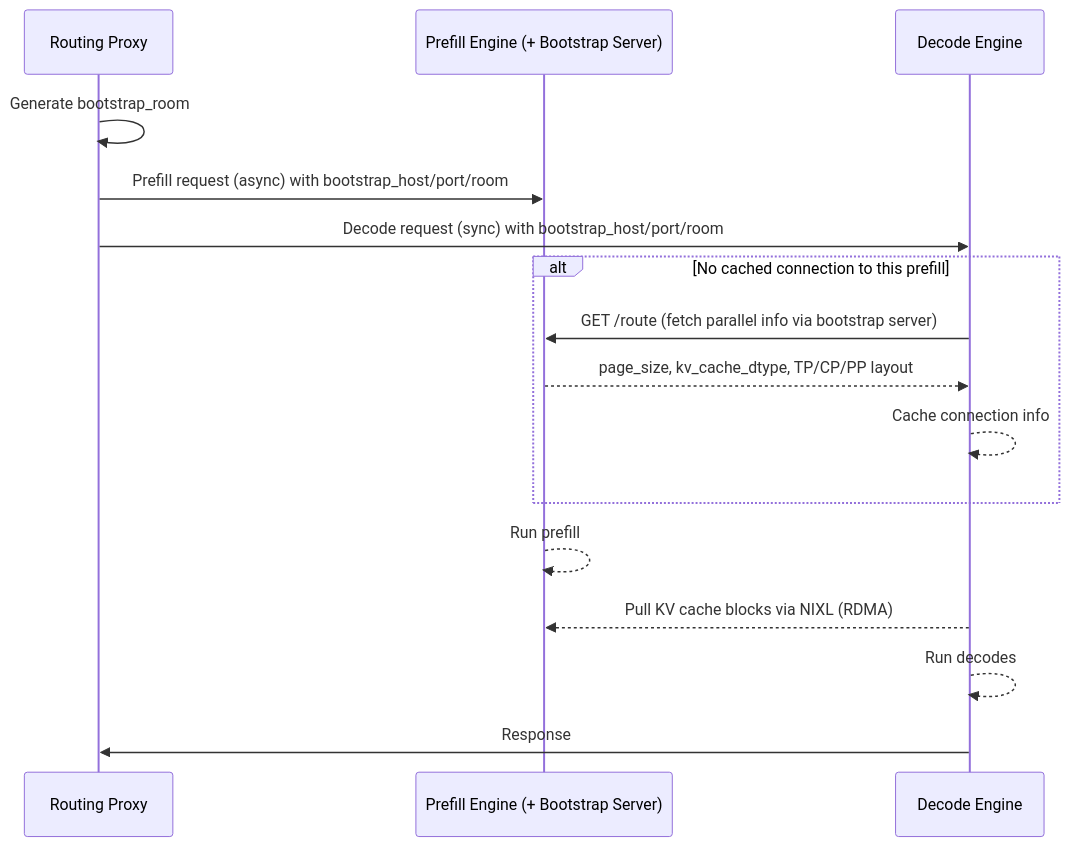
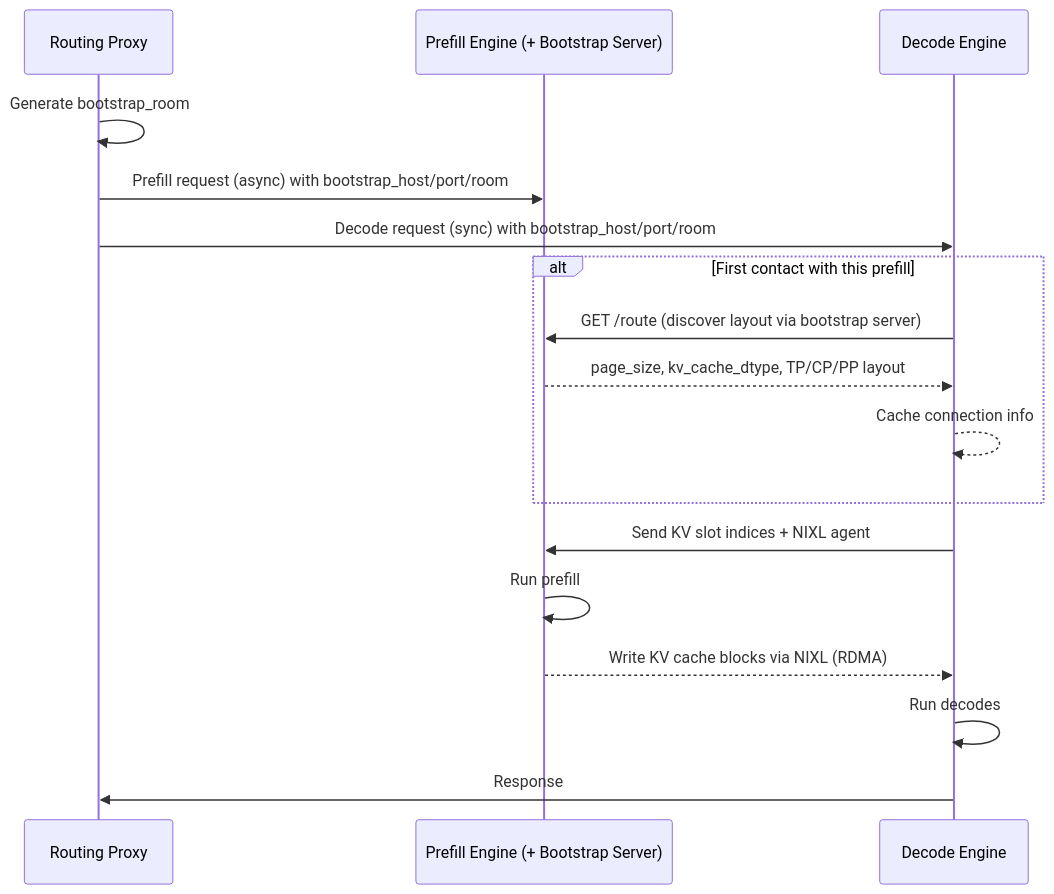
Before and after one commit to llm-d/llm-d: the first of 3 diagrams in docs/architecture/advanced/disaggregation/operations-sglang.md, drawn with Mermaid. The commit also changed other lines of this file, not shown here.

First line of the commit message:
docs(disaggregation): clarify SGLang connection setup and transfer direction

````diff
--- a/docs/architecture/advanced/disaggregation/operations-sglang.md
+++ b/docs/architecture/advanced/disaggregation/operations-sglang.md
@@ -29,19 +33,20 @@
 ```mermaid
 sequenceDiagram
     participant R as Routing Proxy
     participant P as Prefill Engine (+ Bootstrap Server)
     participant D as Decode Engine
 
     R->>R: Generate bootstrap_room
     R->>P: Prefill request (async) with bootstrap_host/port/room
     R->>D: Decode request (sync) with bootstrap_host/port/room
-    alt No cached connection to this prefill
-        D->>P: GET /route (fetch parallel info via bootstrap server)
+    alt First contact with this prefill
+        D->>P: GET /route (discover layout via bootstrap server)
         P-->>D: page_size, kv_cache_dtype, TP/CP/PP layout
         D-->>D: Cache connection info
     end
-    P-->>P: Run prefill
-    D-->>P: Pull KV cache blocks via NIXL (RDMA)
-    D-->>D: Run decodes
+    D->>P: Send KV slot indices + NIXL agent
+    P->>P: Run prefill
+    P-->>D: Write KV cache blocks via NIXL (RDMA)
+    D->>D: Run decodes
     D->>R: Response
 ```
````
